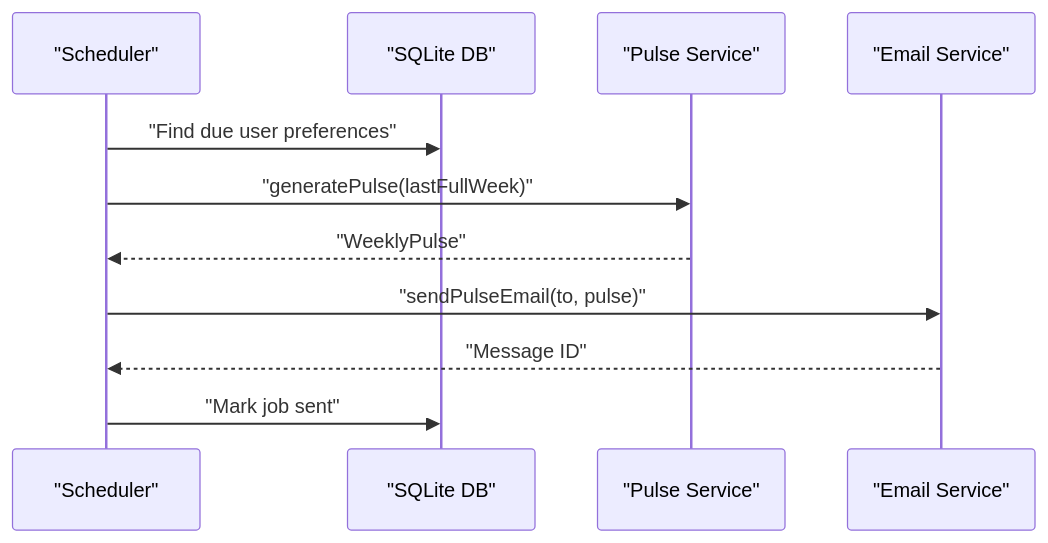
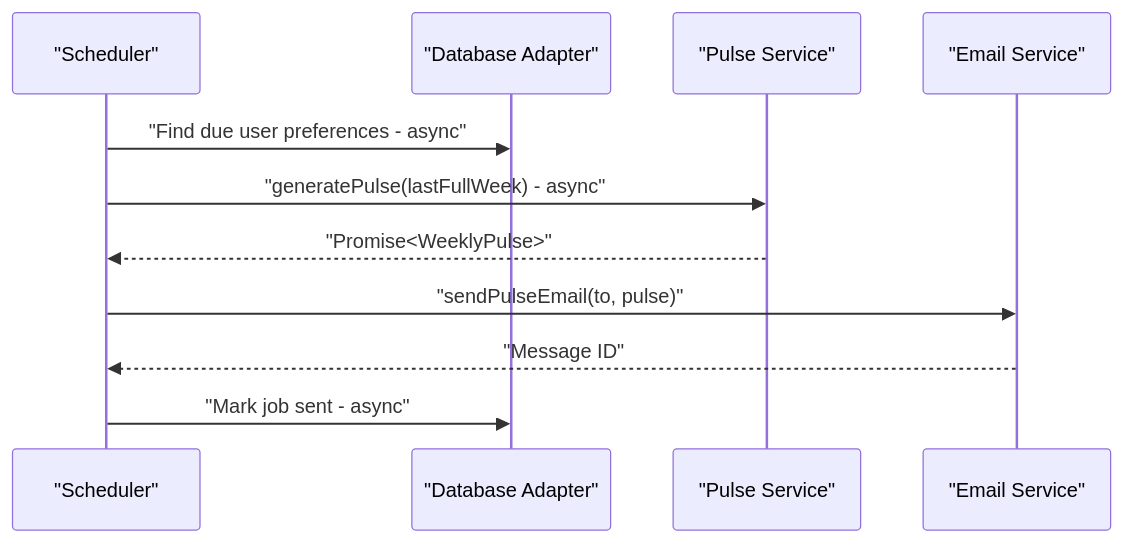
One commit to aravinthraj-ramalingam/Groww-App-Review-Insights-Analyzer- changed the seventh of 9 diagrams in .qoder/repowiki/en/content/Phase 2_ Advanced Analytics & Automation/Theme Generation & Management.md. Above: the diagram before and after it, drawn with Mermaid. The commit also changed other lines of this file and 10 other files, not shown here.

````diff
--- a/.qoder/repowiki/en/content/Phase 2_ Advanced Analytics & Automation/Theme Generation & Management.md
+++ b/.qoder/repowiki/en/content/Phase 2_ Advanced Analytics & Automation/Theme Generation & Management.md
@@ -355,13 +415,13 @@
 ```mermaid
 sequenceDiagram
 participant Sch as "Scheduler"
-participant DB as "SQLite DB"
+participant DB as "Database Adapter"
 participant PS as "Pulse Service"
 participant Mail as "Email Service"
-Sch->>DB : "Find due user preferences"
-Sch->>PS : "generatePulse(lastFullWeek)"
-PS-->>Sch : "WeeklyPulse"
+Sch->>DB : "Find due user preferences - async"
+Sch->>PS : "generatePulse(lastFullWeek) - async"
+PS-->>Sch : "Promise<WeeklyPulse>"
 Sch->>Mail : "sendPulseEmail(to, pulse)"
 Mail-->>Sch : "Message ID"
-Sch->>DB : "Mark job sent"
+Sch->>DB : "Mark job sent - async"
 ```
````
